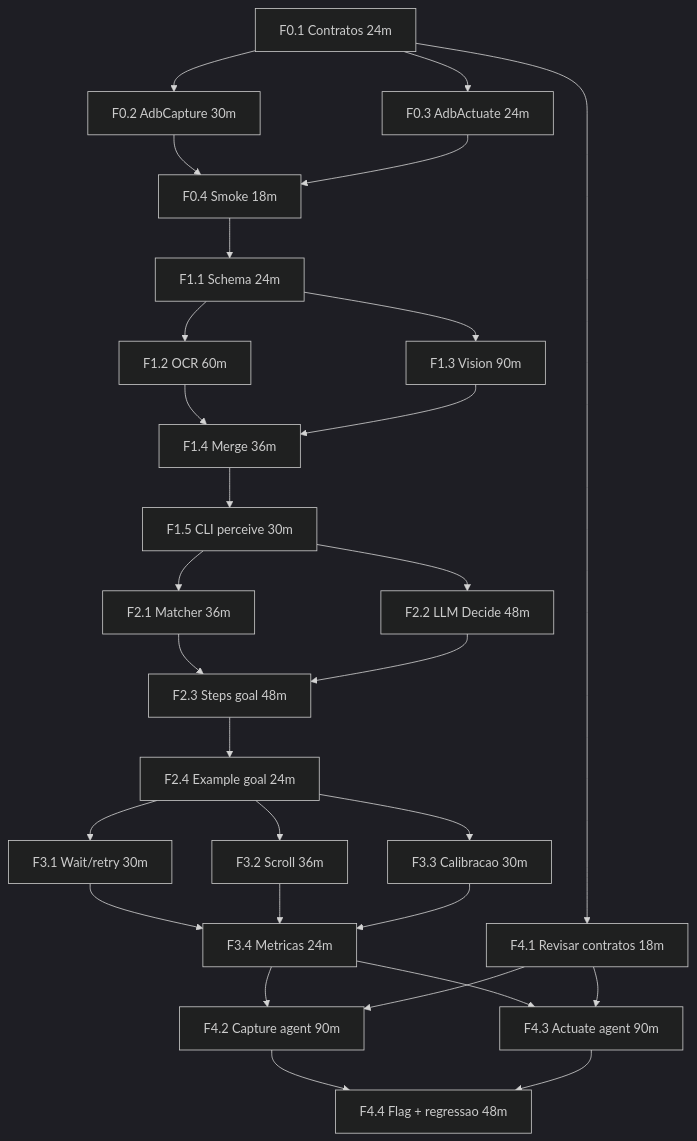
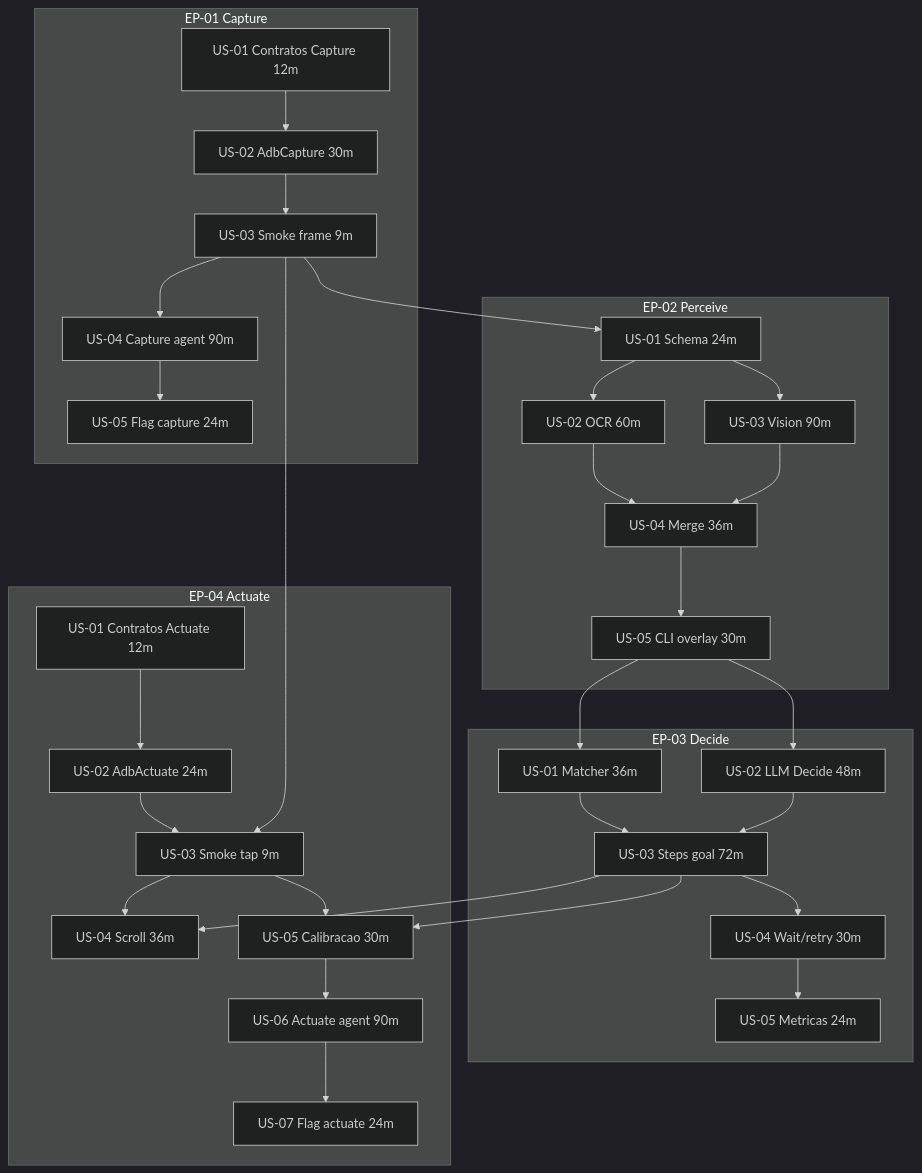
The first of 2 diagrams in core/tasks/README.md (laerciogermano/workstation), drawn with Mermaid (dark theme) before and after one commit. The commit also changed other lines of this file and 9 other files, not shown here.

Commit message:
Separa o screen-robot em 4 épicos: Capture, Perceive, Decide e Actuate.

````diff
--- a/core/tasks/README.md
+++ b/core/tasks/README.md
@@ -98,52 +99,56 @@
 ```mermaid
 flowchart TD
-  F01[F0.1 Contratos 24m]
-  F02[F0.2 AdbCapture 30m]
-  F03[F0.3 AdbActuate 24m]
-  F04[F0.4 Smoke 18m]
-  F11[F1.1 Schema 24m]
-  F12[F1.2 OCR 60m]
-  F13[F1.3 Vision 90m]
-  F14[F1.4 Merge 36m]
-  F15[F1.5 CLI perceive 30m]
-  F21[F2.1 Matcher 36m]
-  F22[F2.2 LLM Decide 48m]
-  F23[F2.3 Steps goal 48m]
-  F24[F2.4 Example goal 24m]
-  F31[F3.1 Wait/retry 30m]
-  F32[F3.2 Scroll 36m]
-  F33[F3.3 Calibracao 30m]
-  F34[F3.4 Metricas 24m]
-  F41[F4.1 Revisar contratos 18m]
-  F42[F4.2 Capture agent 90m]
-  F43[F4.3 Actuate agent 90m]
-  F44[F4.4 Flag + regressao 48m]
-  F01 --> F02
-  F01 --> F03
-  F02 --> F04
-  F03 --> F04
-  F04 --> F11
-  F11 --> F12
-  F11 --> F13
-  F12 --> F14
-  F13 --> F14
-  F14 --> F15
-  F15 --> F21
-  F15 --> F22
-  F21 --> F23
-  F22 --> F23
-  F23 --> F24
-  F24 --> F31
-  F24 --> F32
-  F24 --> F33
-  F31 --> F34
-  F32 --> F34
-  F33 --> F34
-  F01 --> F41
-  F34 --> F42
-  F34 --> F43
-  F41 --> F42
-  F41 --> F43
-  F42 --> F44
-  F43 --> F44
+  subgraph EP01["EP-01 Capture"]
+    C01[US-01 Contratos Capture 12m]
+    C02[US-02 AdbCapture 30m]
+    C03[US-03 Smoke frame 9m]
+    C04[US-04 Capture agent 90m]
+    C05[US-05 Flag capture 24m]
+    C01 --> C02 --> C03 --> C04 --> C05
+  end
+
+  subgraph EP02["EP-02 Perceive"]
+    P01[US-01 Schema 24m]
+    P02[US-02 OCR 60m]
+    P03[US-03 Vision 90m]
+    P04[US-04 Merge 36m]
+    P05[US-05 CLI overlay 30m]
+    P01 --> P02
+    P01 --> P03
+    P02 --> P04
+    P03 --> P04
+    P04 --> P05
+  end
+
+  subgraph EP03["EP-03 Decide"]
+    D01[US-01 Matcher 36m]
+    D02[US-02 LLM Decide 48m]
+    D03[US-03 Steps goal 72m]
+    D04[US-04 Wait/retry 30m]
+    D05[US-05 Metricas 24m]
+    D01 --> D03
+    D02 --> D03
+    D03 --> D04 --> D05
+  end
+
+  subgraph EP04["EP-04 Actuate"]
+    A01[US-01 Contratos Actuate 12m]
+    A02[US-02 AdbActuate 24m]
+    A03[US-03 Smoke tap 9m]
+    A04[US-04 Scroll 36m]
+    A05[US-05 Calibracao 30m]
+    A06[US-06 Actuate agent 90m]
+    A07[US-07 Flag actuate 24m]
+    A01 --> A02 --> A03
+    A03 --> A04
+    A03 --> A05
+    A05 --> A06 --> A07
+  end
+
+  C03 --> P01
+  C03 --> A03
+  P05 --> D01
+  P05 --> D02
+  D03 --> A04
+  D03 --> A05
 ```
````
